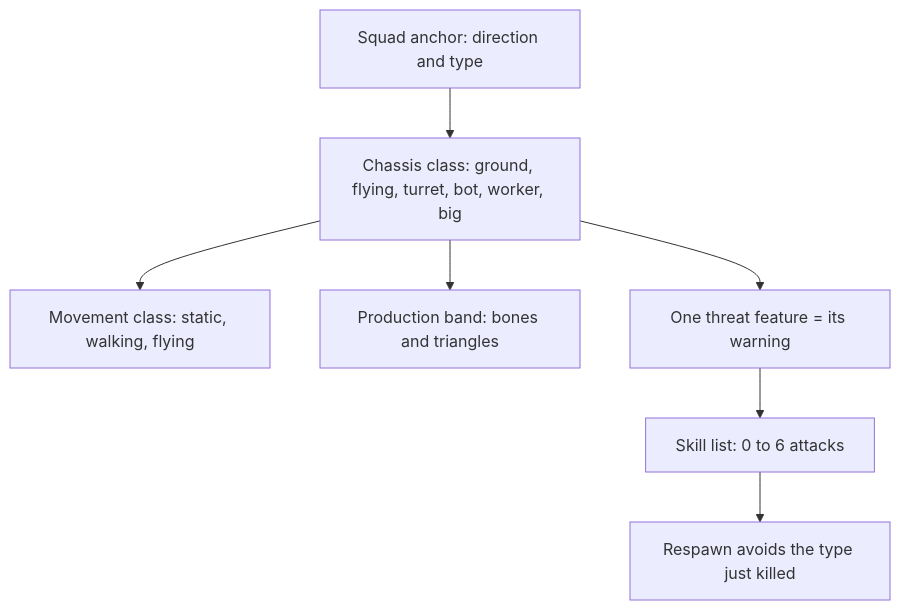
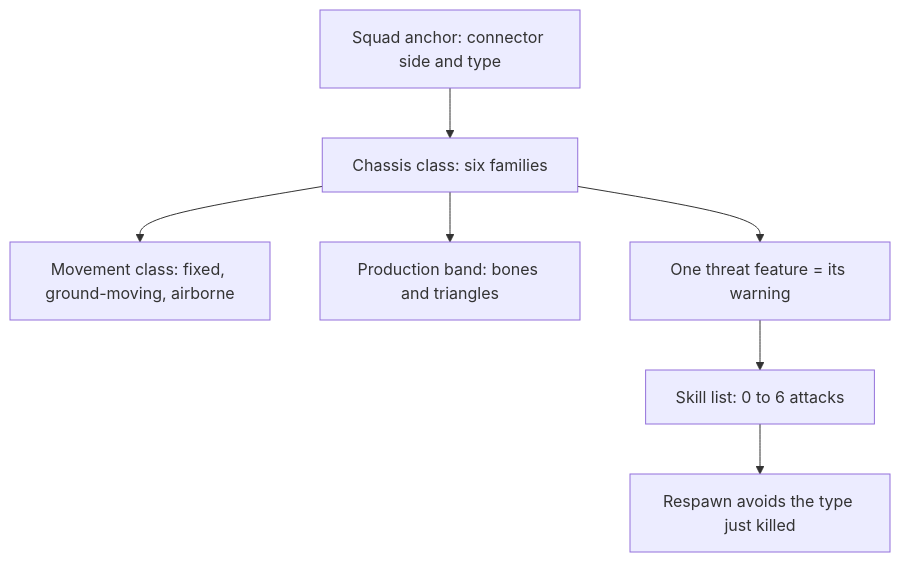
The diagram in sketches/core-loop/design-v3/research/comps/roboquest/enemy-design-grammar.md (bananahana720/scrapkeep), drawn with Mermaid before and after one commit. The commit also changed other lines of this file and 12 other files, not shown here.

````diff
--- a/sketches/core-loop/design-v3/research/comps/roboquest/enemy-design-grammar.md
+++ b/sketches/core-loop/design-v3/research/comps/roboquest/enemy-design-grammar.md
@@ -35,9 +35,9 @@
 ```mermaid
 flowchart TD
-    C[Chassis class: ground, flying, turret, bot, worker, big] --> M[Movement class: static, walking, flying]
+    C[Chassis class: six families] --> M[Movement class: fixed, ground-moving, airborne]
     C --> B[Production band: bones and triangles]
     C --> F[One threat feature = its warning]
     F --> K[Skill list: 0 to 6 attacks]
-    A[Squad anchor: direction and type] --> C
+    A[Squad anchor: connector side and type] --> C
     K --> Z[Respawn avoids the type just killed]
 ```
````
